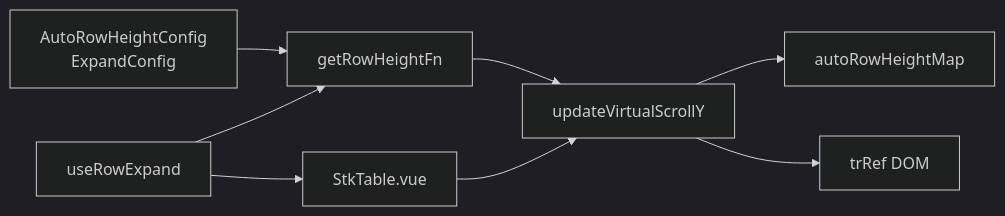
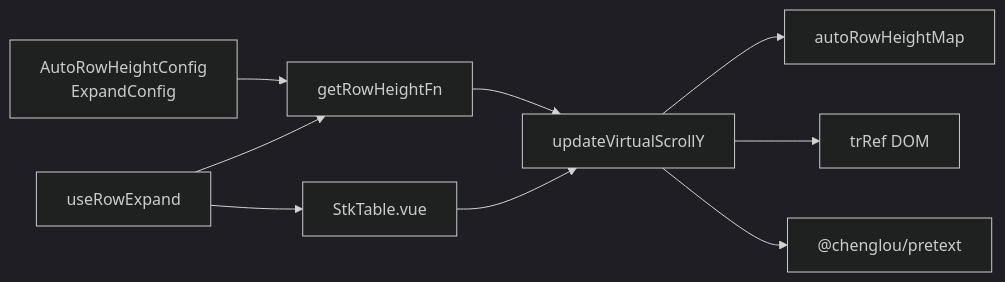
Before and after one commit to ja-plus/stk-table-vue: the seventh of 7 diagrams in .qoder/repowiki/en/content/Core Concepts/Virtual Scrolling/Auto Row Height Support.md, drawn with Mermaid (dark theme). The commit also changed other lines of this file and 4 other files, not shown here.

````diff
--- a/.qoder/repowiki/en/content/Core Concepts/Virtual Scrolling/Auto Row Height Support.md
+++ b/.qoder/repowiki/en/content/Core Concepts/Virtual Scrolling/Auto Row Height Support.md
@@ -251,10 +309,11 @@
 ```mermaid
 graph LR
 CFG["AutoRowHeightConfig<br/>ExpandConfig"] --> G["getRowHeightFn"]
 G --> VS["updateVirtualScrollY"]
 VS --> MAP["autoRowHeightMap"]
 VS --> DOM["trRef DOM"]
+VS --> PT["@chenglou/pretext"]
 ER["useRowExpand"] --> G
 ER --> S["StkTable.vue"]
 S --> VS
 ```
````
